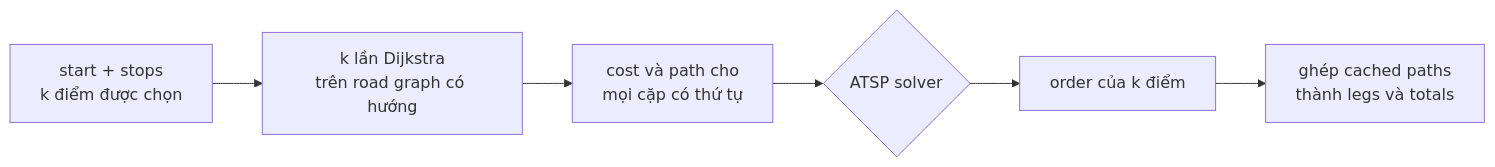
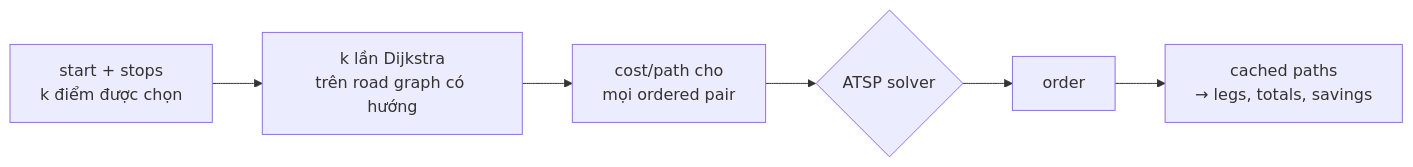
Before and after one commit to ThaiQuangHuy2906/Lab1_Searching: the first of 2 diagrams in report_algorithm.md, drawn with Mermaid. The commit also changed other lines of this file, not shown here.

````diff
--- a/report_algorithm.md
+++ b/report_algorithm.md
@@ -89,8 +170,8 @@
 ```mermaid
 flowchart LR
     A["start + stops<br/>k điểm được chọn"] --> B["k lần Dijkstra<br/>trên road graph có hướng"]
-    B --> C["cost và path cho<br/>mọi cặp có thứ tự"]
+    B --> C["cost/path cho<br/>mọi ordered pair"]
     C --> D{"ATSP solver"}
-    D --> E["order của k điểm"]
-    E --> F["ghép cached paths<br/>thành legs và totals"]
+    D --> E["order"]
+    E --> F["cached paths<br/>→ legs, totals, savings"]
 ```
````
